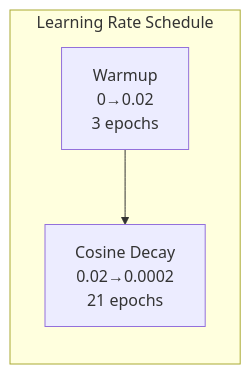
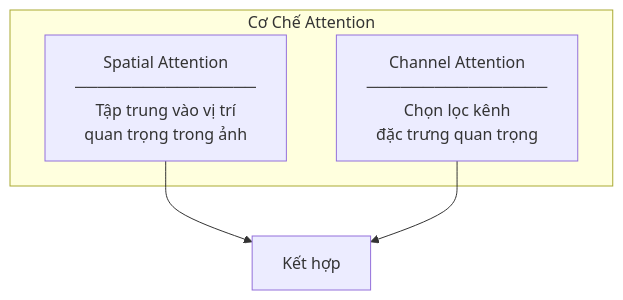
The fourth of 5 diagrams in research/chuong-06-xview-challenges/muc-01-xview1-object-detection/03-giai-nhi.md (rerangst/geobayai_lab), drawn with Mermaid before and after one commit. The commit also changed other lines of this file and 18 other files, not shown here.

````diff
--- a/research/chuong-06-xview-challenges/muc-01-xview1-object-detection/03-giai-nhi.md
+++ b/research/chuong-06-xview-challenges/muc-01-xview1-object-detection/03-giai-nhi.md
@@ -584,6 +116,10 @@
 ```mermaid
-graph LR
-    subgraph Schedule["Learning Rate Schedule"]
-        W[Warmup<br/>0→0.02<br/>3 epochs] --> C[Cosine Decay<br/>0.02→0.0002<br/>21 epochs]
+flowchart TB
+    subgraph ATTENTION["Cơ Chế Attention"]
+        SA["Spatial Attention<br/>────────────────<br/>Tập trung vào vị trí<br/>quan trọng trong ảnh"]
+        CA["Channel Attention<br/>────────────────<br/>Chọn lọc kênh<br/>đặc trưng quan trọng"]
     end
+
+    SA --> COMBINE["Kết hợp"]
+    CA --> COMBINE
 ```
````
